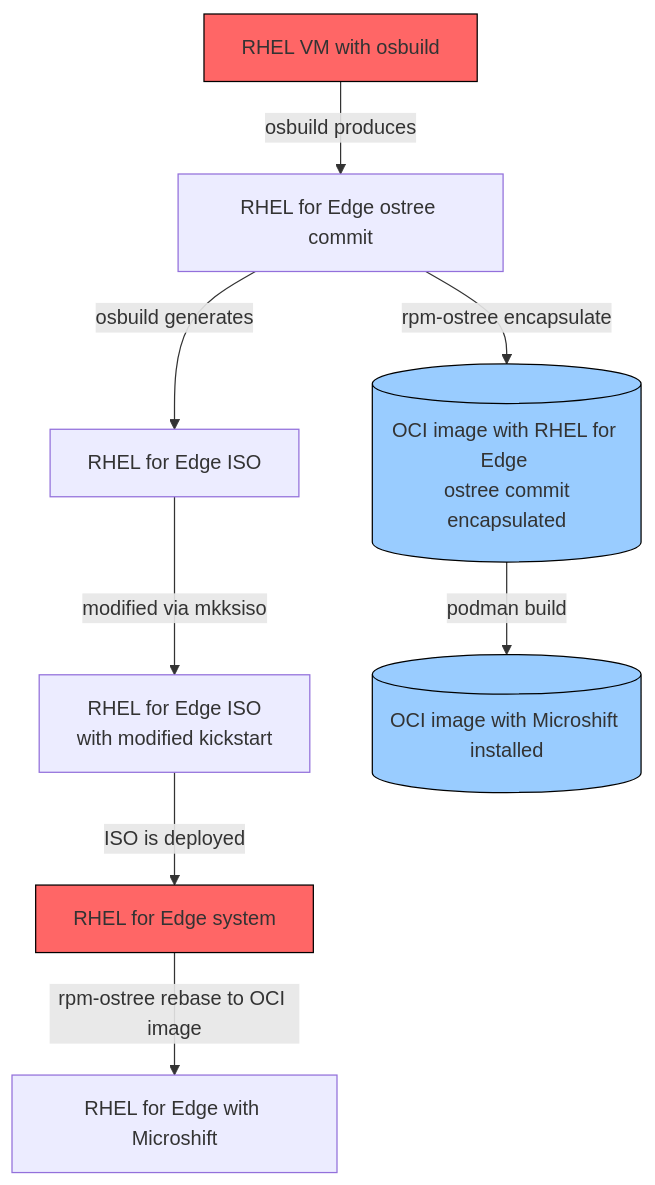
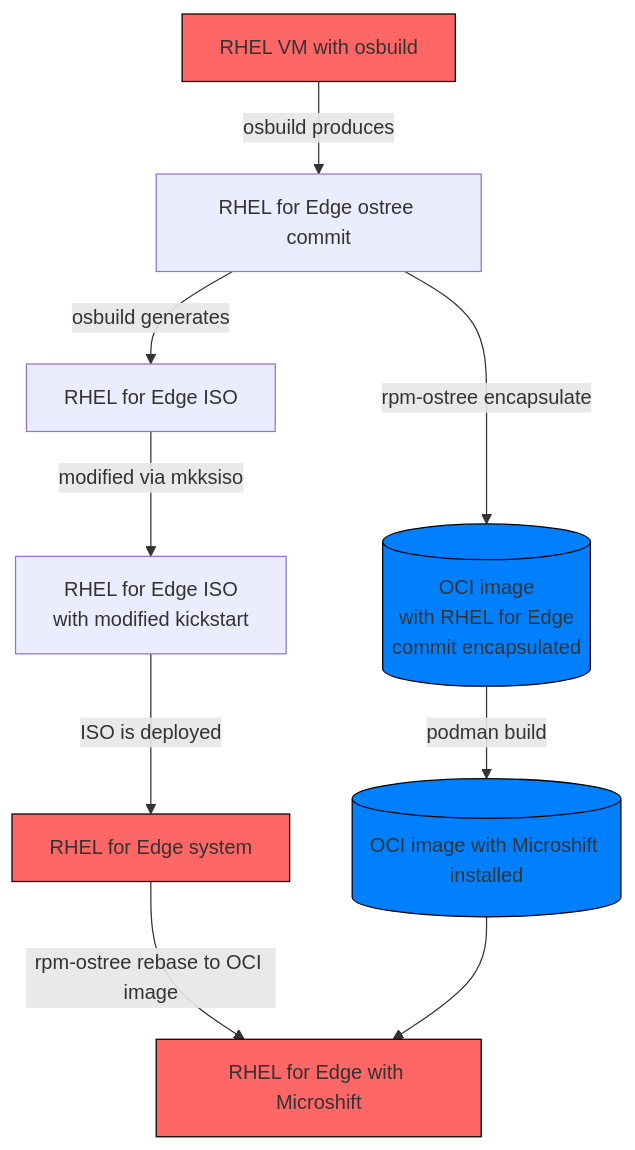
The diagram in README.md (miabbott/r4e-microshift-demo), drawn with Mermaid before and after one commit.

Commit message:
bring it together

````diff
--- a/README.md
+++ b/README.md
@@ -15,16 +15,17 @@
 ```mermaid
 flowchart TD;
   id1[RHEL VM with osbuild]-->|osbuild produces|id2[RHEL for Edge ostree commit];
   id2-->|osbuild generates|id3[RHEL for Edge ISO];
   id3-->|modified via mkksiso|id4[RHEL for Edge ISO <br/> with modified kickstart];
   id4-->|ISO is deployed|id5[RHEL for Edge system];
-  id2-->|rpm-ostree encapsulate|id6[(OCI image with RHEL for Edge <br/> ostree commit encapsulated)];
+  id2-->|rpm-ostree encapsulate|id6[(OCI image <br/> with RHEL for Edge <br/> commit encapsulated)];
   id6-->|podman build|id7[(OCI image with Microshift installed)];
   id5-->|rpm-ostree rebase to OCI image|id8[RHEL for Edge with Microshift];
+  id7-->id8;
 
   classDef vm fill:#ff6666,stroke:#000000
-  classDef ctr fill:#99ccff,stroke:#000000
+  classDef ctr fill:#0080ff,stroke:#000000
 
-  class id1,id5 vm
+  class id1,id5,id8 vm
   class id6,id7 ctr
 ```
````
